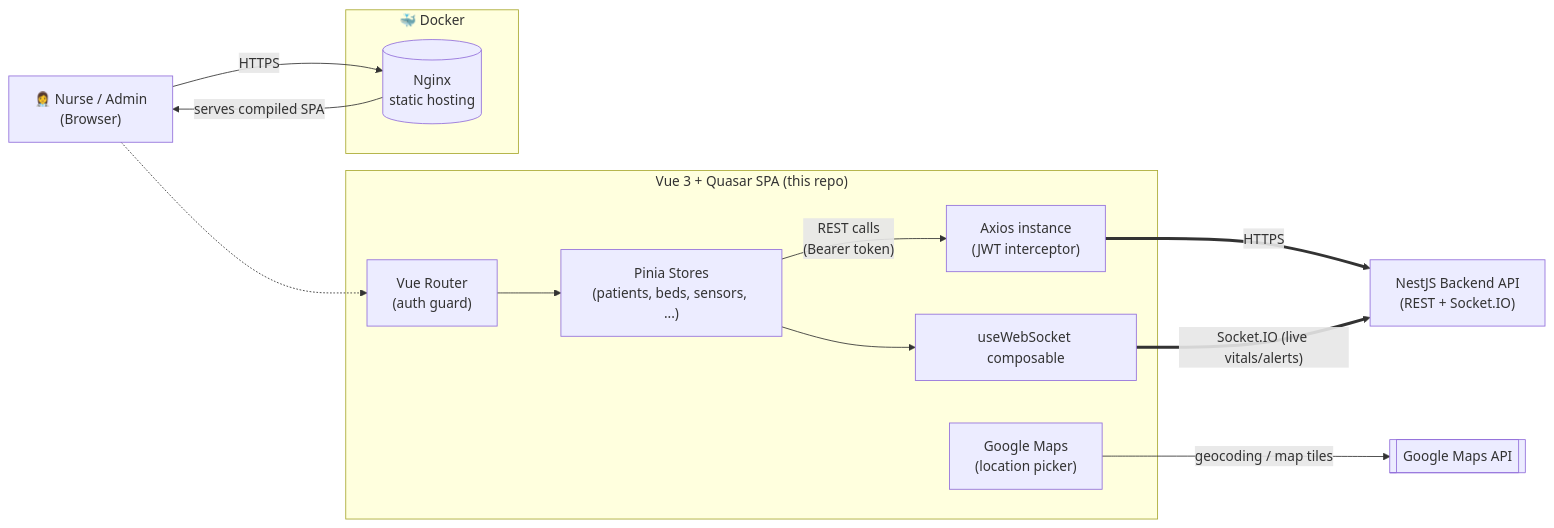
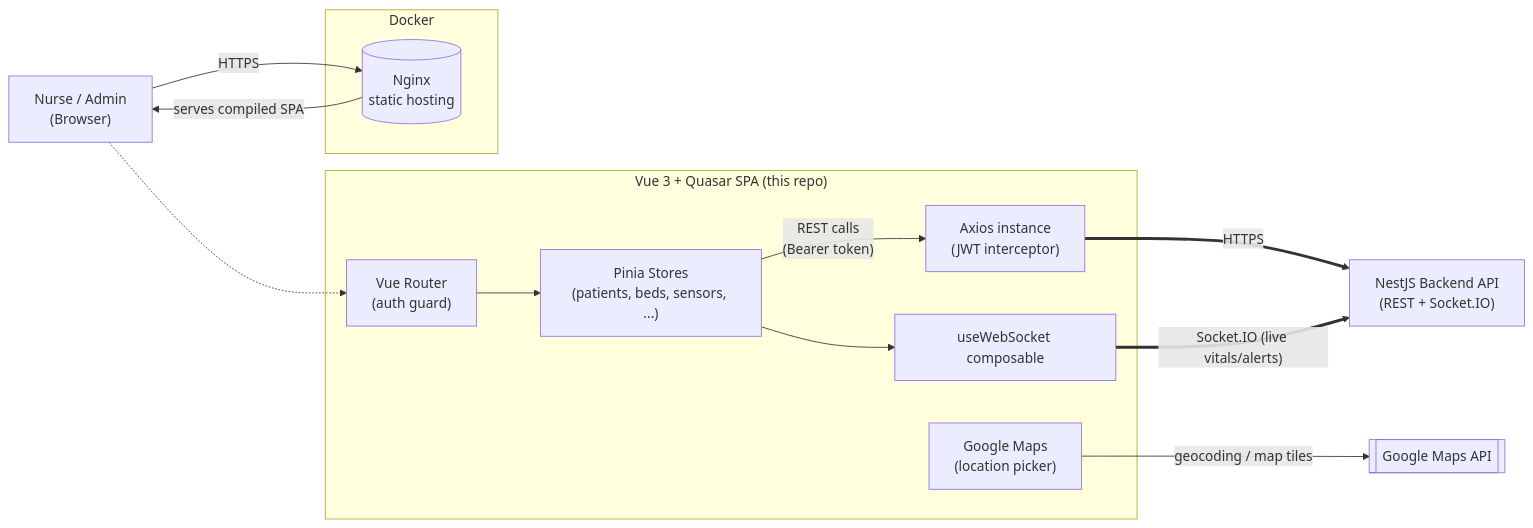
One commit to 5kez/frontend_bedproject changed the diagram in README.md. Above: the diagram before and after it, drawn with Mermaid. The commit also changed other lines of this file, not shown here.

````diff
--- a/README.md
+++ b/README.md
@@ -119,28 +119,28 @@
 ```mermaid
 flowchart LR
-    Nurse["👩‍⚕️ Nurse / Admin\n(Browser)"]
+    Nurse["Nurse / Admin\n(Browser)"]
 
     subgraph SPA["Vue 3 + Quasar SPA (this repo)"]
         Router["Vue Router\n(auth guard)"]
         Pinia["Pinia Stores\n(patients, beds, sensors, ...)"]
         Axios["Axios instance\n(JWT interceptor)"]
         WS["useWebSocket composable"]
         Maps["Google Maps\n(location picker)"]
     end
 
-    subgraph Docker["🐳 Docker"]
+    subgraph Docker["Docker"]
         Nginx[("Nginx\nstatic hosting")]
     end
 
     Backend["NestJS Backend API\n(REST + Socket.IO)"]
     Gemini[["Google Maps API"]]
 
     Nurse -- "HTTPS" --> Nginx
     Nginx -- "serves compiled SPA" --> Nurse
     Nurse -.-> Router --> Pinia
     Pinia -- "REST calls\n(Bearer token)" --> Axios
     Axios == "HTTPS" ==> Backend
     WS == "Socket.IO (live vitals/alerts)" ==> Backend
     Pinia --> WS
     Maps -- "geocoding / map tiles" --> Gemini
 ```
````
